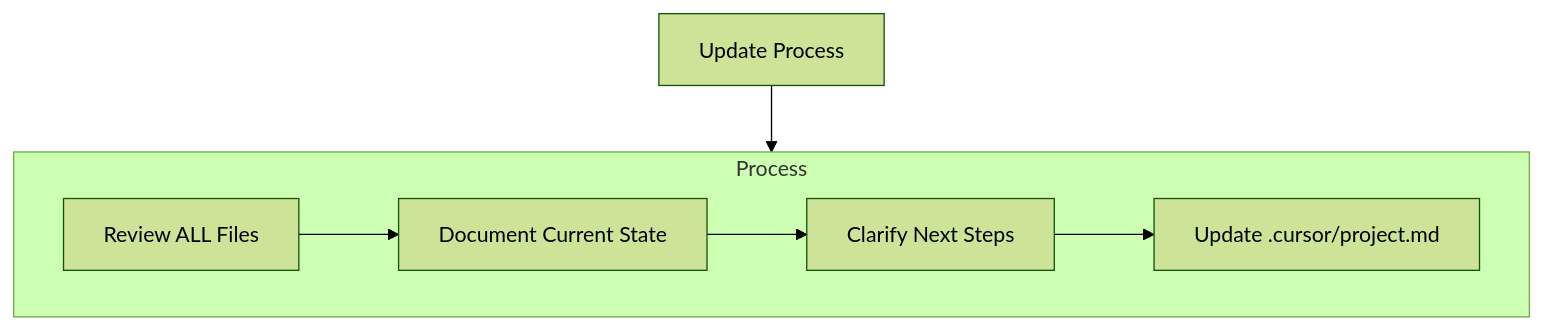
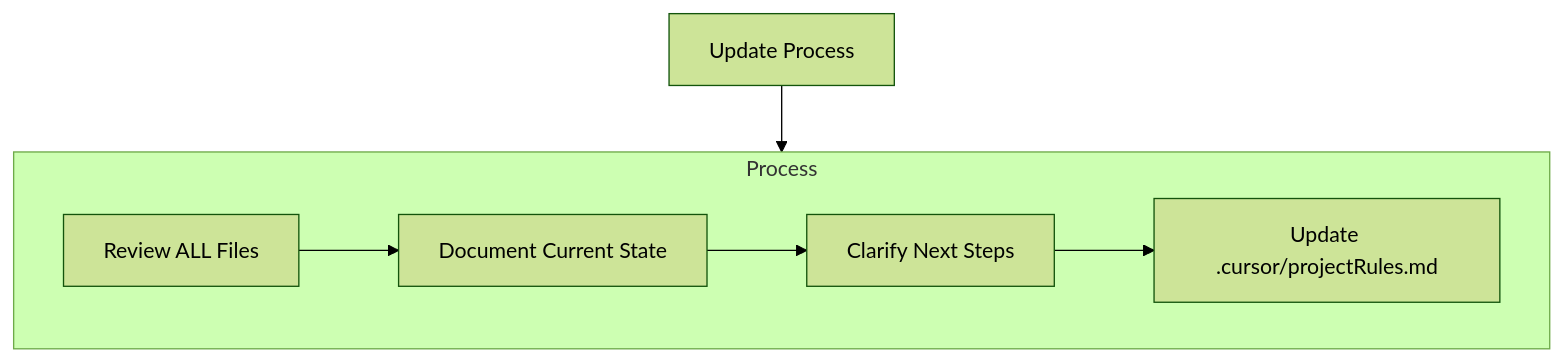
The fourth of 5 diagrams in core.md (armedi/cursorrules), drawn with Mermaid (forest theme) before and after one commit. The commit also changed other lines of this file and 1 other file, not shown here.

Commit message:
Rename project.md to projectRules.md in core documentation

````diff
--- a/core.md
+++ b/core.md
@@ -138,15 +138,15 @@
 ```mermaid
 flowchart TD
     Start[Update Process]
 
     subgraph Process
         P1[Review ALL Files]
         P2[Document Current State]
         P3[Clarify Next Steps]
-        P4[Update .cursor/project.md]
+        P4[Update .cursor/projectRules.md]
 
         P1 --> P2 --> P3 --> P4
     end
 
     Start --> Process
 ```
````
